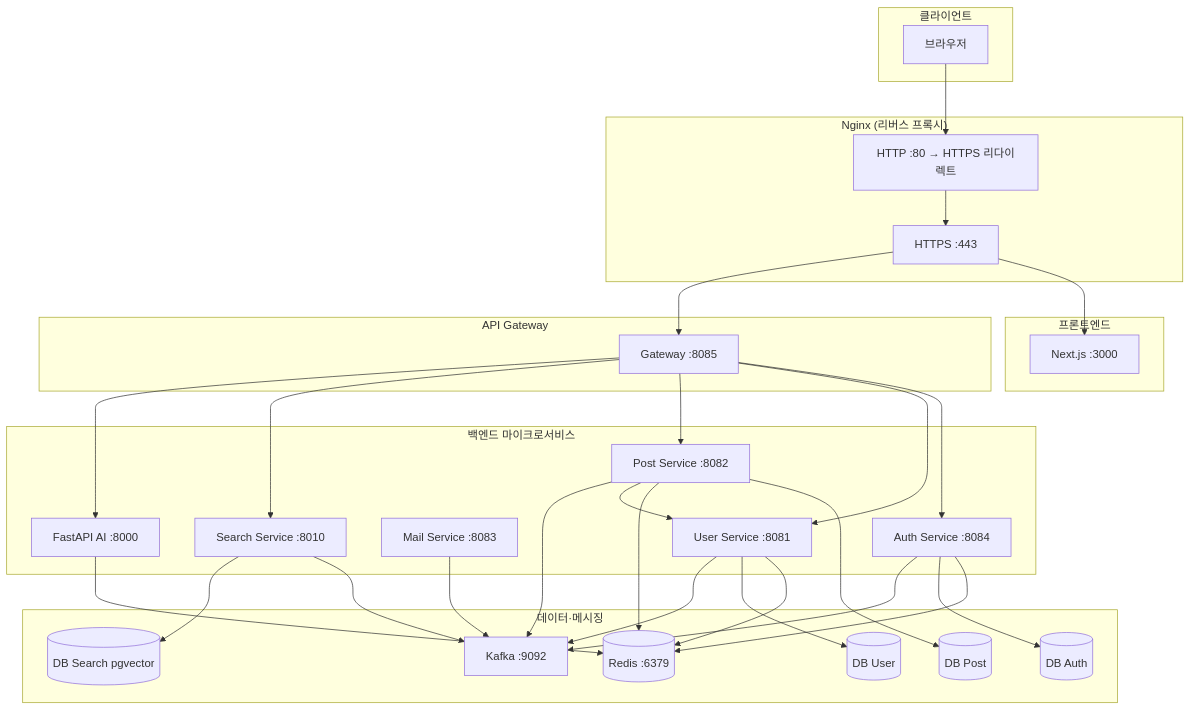
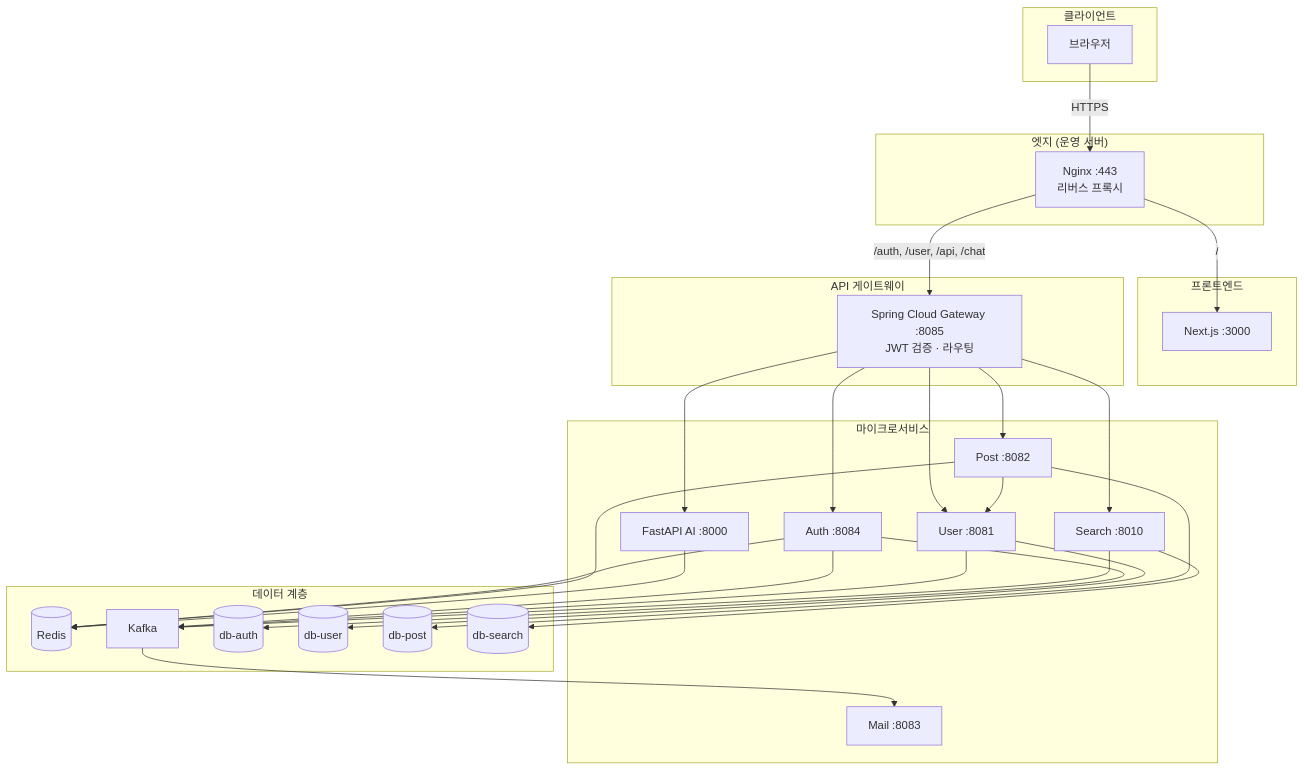
The diagram in README.md (MinKyeom/MSA_Project), drawn with Mermaid before and after one commit. The commit also changed other lines of this file, not shown here.

````diff
--- a/README.md
+++ b/README.md
@@ -25,63 +68,57 @@
 ```mermaid
 flowchart TB
     subgraph Client["클라이언트"]
         Browser[브라우저]
     end
 
-    subgraph Nginx["Nginx (리버스 프록시)"]
-        N80[HTTP :80 → HTTPS 리다이렉트]
-        N443[HTTPS :443]
+    subgraph Edge["엣지 (운영 서버)"]
+        Nginx[Nginx :443<br/>리버스 프록시]
     end
 
     subgraph Frontend["프론트엔드"]
         Next[Next.js :3000]
     end
 
-    subgraph Gateway["API Gateway"]
-        GW[Gateway :8085]
+    subgraph Gateway["API 게이트웨이"]
+        GW[Spring Cloud Gateway :8085<br/>JWT 검증 · 라우팅]
     end
 
-    subgraph Backend["백엔드 마이크로서비스"]
-        Auth[Auth Service :8084]
-        User[User Service :8081]
-        Post[Post Service :8082]
-        Mail[Mail Service :8083]
-        Search[Search Service :8010]
+    subgraph Backend["마이크로서비스"]
+        Auth[Auth :8084]
+        User[User :8081]
+        Post[Post :8082]
+        Search[Search :8010]
         AI[FastAPI AI :8000]
+        Mail[Mail :8083]
     end
 
-    subgraph Data["데이터·메시징"]
-        Redis[(Redis :6379)]
-        Kafka[Kafka :9092]
-        DBA[(DB Auth)]
-        DBU[(DB User)]
-        DBP[(DB Post)]
-        DBS[(DB Search pgvector)]
+    subgraph Data["데이터 계층"]
+        Redis[(Redis)]
+        Kafka[Kafka]
+        DBA[(db-auth)]
+        DBU[(db-user)]
+        DBP[(db-post)]
+        DBS[(db-search)]
     end
 
-    Browser --> N80
-    N80 --> N443
-    N443 --> Next
-    N443 --> GW
-
+    Browser -->|HTTPS| Nginx
+    Nginx -->|/| Next
+    Nginx -->|/auth, /user, /api, /chat| GW
     GW --> Auth
     GW --> User
     GW --> Post
     GW --> Search
     GW --> AI
-
+    Auth --> DBA
     Auth --> Redis
-    Auth --> DBA
     Auth --> Kafka
-    User --> Redis
     User --> DBU
     User --> Kafka
     Post --> DBP
     Post --> Redis
     Post --> User
-    Post --> Kafka
-    Mail --> Kafka
+    Search --> DBS
     Search --> Kafka
-    Search --> DBS
     AI --> Redis
+    Kafka --> Mail
 ```
````
